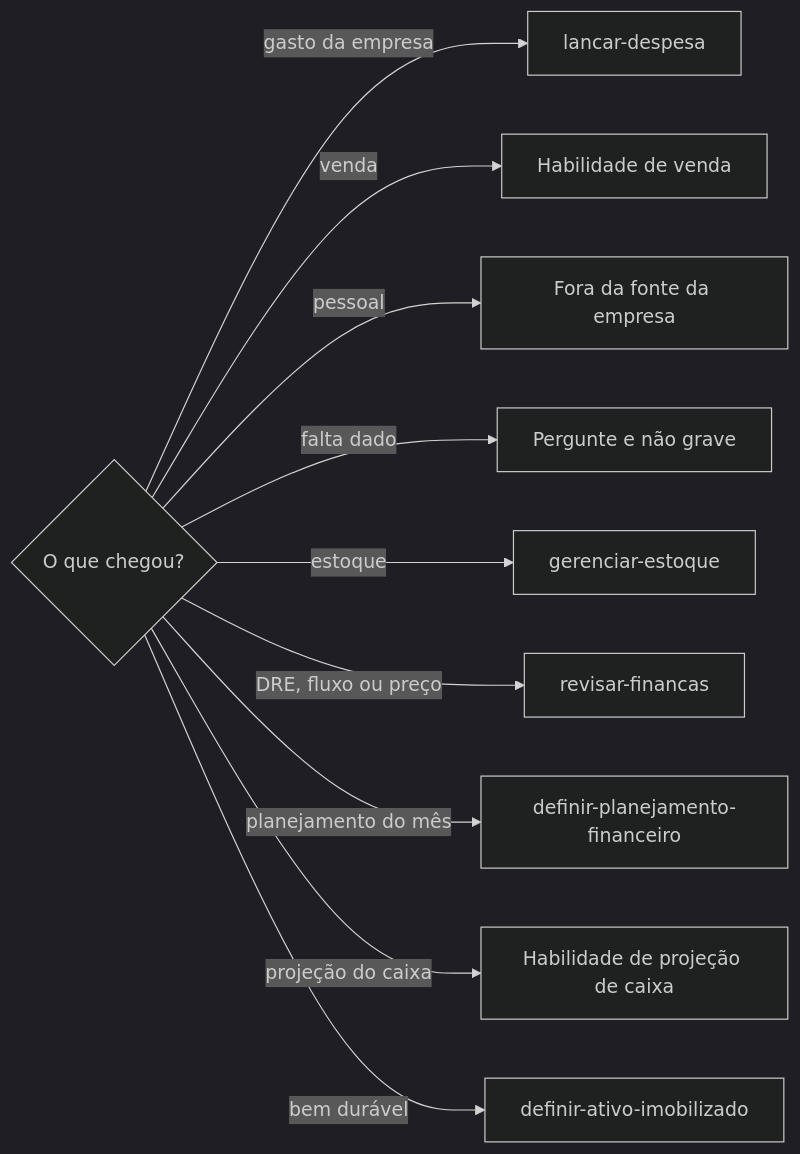
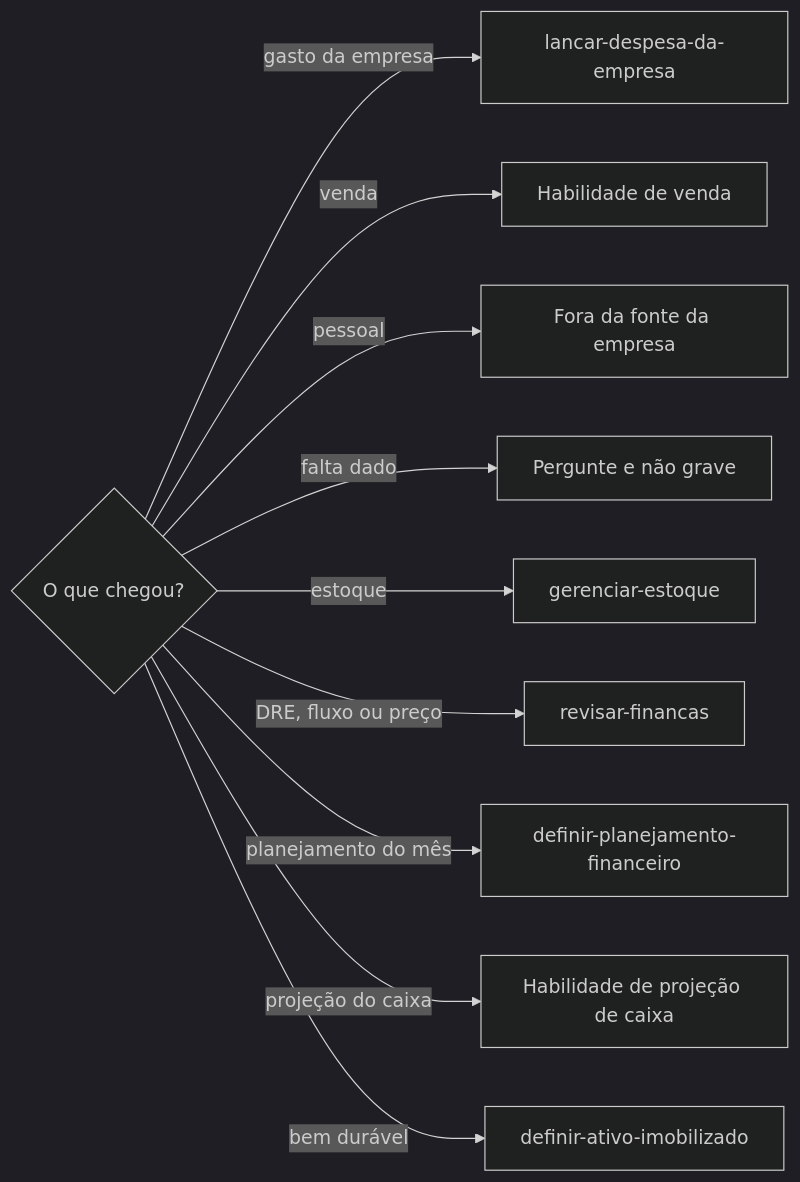
The diagram in .agents/skills/definir-lancamento/SKILL.md (jimmyandrade/harness), drawn with Mermaid (dark theme) before and after one commit. The commit also changed other lines of this file and 16 other files, not shown here.

First line of the commit message:
feat(lancar-despesa-da-empresa)!: name the company in the expense skill

````diff
--- a/.agents/skills/definir-lancamento/SKILL.md
+++ b/.agents/skills/definir-lancamento/SKILL.md
@@ -64,12 +64,12 @@
 ```mermaid
 flowchart LR
-  T{O que chegou?} -->|gasto da empresa| D[lancar-despesa]
+  T{O que chegou?} -->|gasto da empresa| D[lancar-despesa-da-empresa]
   T -->|venda| V[Habilidade de venda]
   T -->|pessoal| P[Fora da fonte da empresa]
   T -->|falta dado| Q[Pergunte e não grave]
   T -->|estoque| E[gerenciar-estoque]
   T -->|DRE, fluxo ou preço| R[revisar-financas]
   T -->|planejamento do mês| M[definir-planejamento-financeiro]
   T -->|projeção do caixa| C[Habilidade de projeção de caixa]
   T -->|bem durável| I[definir-ativo-imobilizado]
 ```
````
